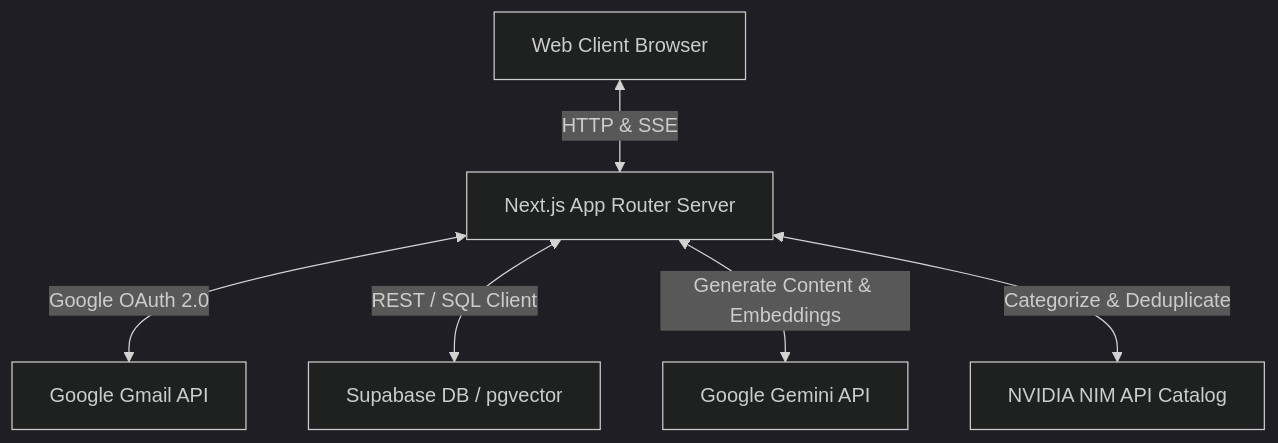
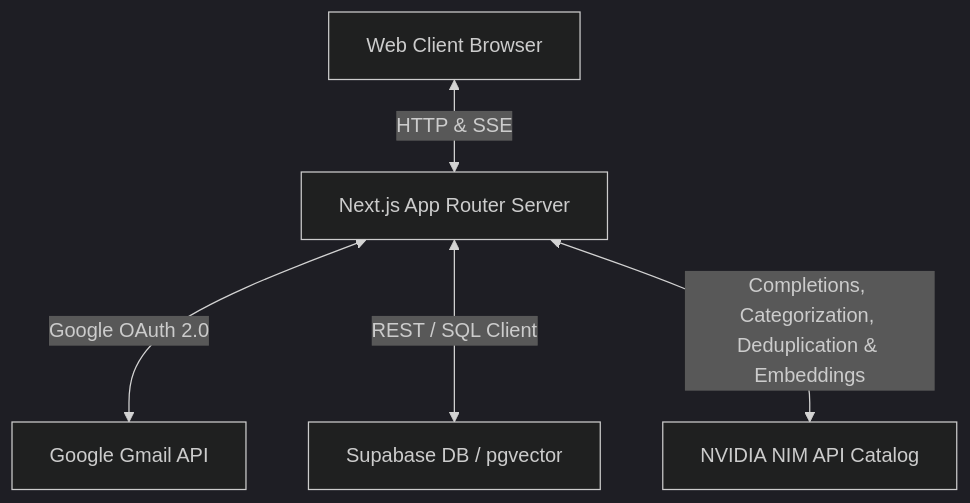
The first of 3 diagrams in Architecture.md (dhanavardhanch/gmailautomaton), drawn with Mermaid (dark theme) before and after one commit. The commit also changed other lines of this file and 15 other files, not shown here.

Commit message:
Migrate from Gemini to Mistral (NVIDIA NIM) and E5 embeddings

````diff
--- a/Architecture.md
+++ b/Architecture.md
@@ -9,15 +9,13 @@
 ```mermaid
 graph TD
     User[Web Client Browser]
     NextJS[Next.js App Router Server]
     Supabase[Supabase DB / pgvector]
     Gmail[Google Gmail API]
-    Gemini[Google Gemini API]
     NIM[NVIDIA NIM API Catalog]
 
     User <-->|HTTP & SSE| NextJS
     NextJS <-->|Google OAuth 2.0| Gmail
     NextJS <-->|REST / SQL Client| Supabase
-    NextJS <-->|Generate Content & Embeddings| Gemini
-    NextJS <-->|Categorize & Deduplicate| NIM
+    NextJS <-->|Completions, Categorization, Deduplication & Embeddings| NIM
 ```
````
